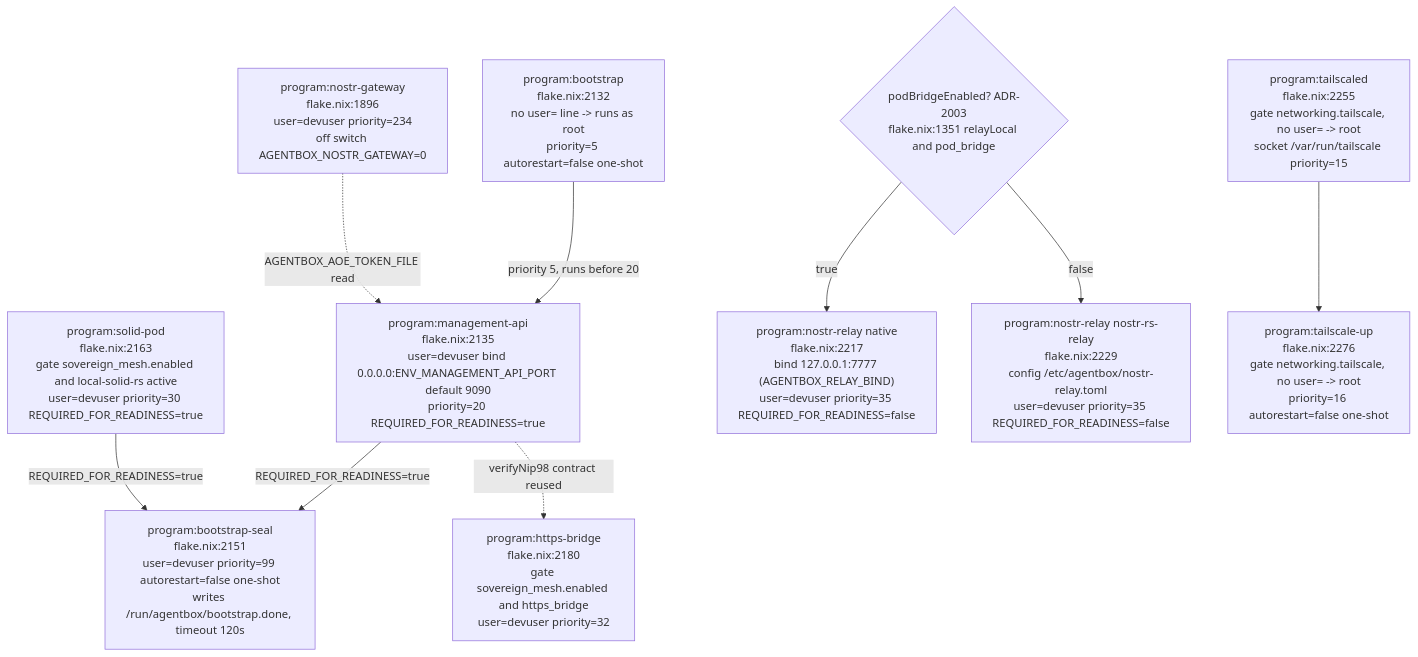
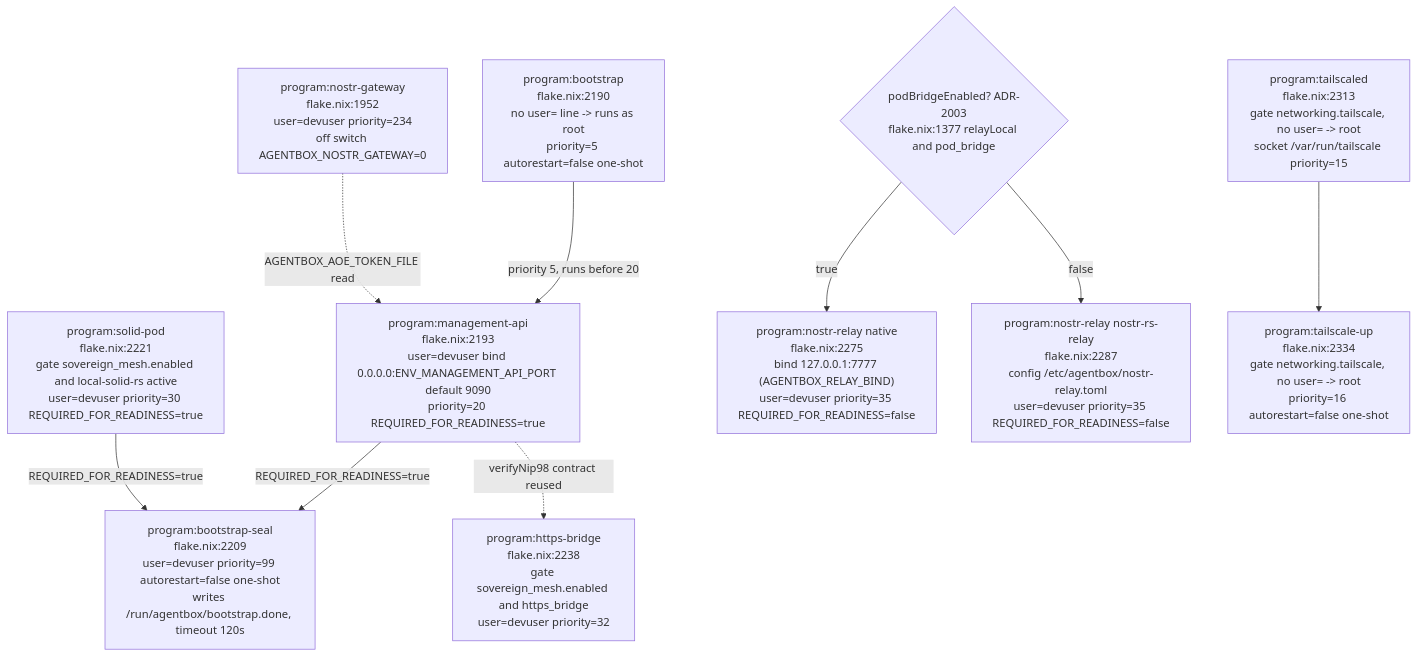
The fourth of 23 diagrams in docs/diagrams/agentbox/02-boot-sequence-and-readiness.md (DreamLab-AI/VisionFlow), drawn with Mermaid before and after one commit. The commit also changed other lines of this file and 28 other files, not shown here.

````diff
--- a/docs/diagrams/agentbox/02-boot-sequence-and-readiness.md
+++ b/docs/diagrams/agentbox/02-boot-sequence-and-readiness.md
@@ -186,23 +193,23 @@
 ```mermaid
 flowchart TB
-    BOOT["program:bootstrap<br/>flake.nix:2132<br/>no user= line -&gt; runs as root<br/>priority=5 autorestart=false one-shot"]
-    MGMT["program:management-api<br/>flake.nix:2135<br/>user=devuser bind 0.0.0.0:ENV_MANAGEMENT_API_PORT default 9090<br/>priority=20 REQUIRED_FOR_READINESS=true"]
-    SEAL["program:bootstrap-seal<br/>flake.nix:2151<br/>user=devuser priority=99 autorestart=false one-shot<br/>writes /run/agentbox/bootstrap.done, timeout 120s"]
-    SOLID["program:solid-pod<br/>flake.nix:2163<br/>gate sovereign_mesh.enabled and local-solid-rs active<br/>user=devuser priority=30 REQUIRED_FOR_READINESS=true"]
-    HTTPSB["program:https-bridge<br/>flake.nix:2180<br/>gate sovereign_mesh.enabled and https_bridge<br/>user=devuser priority=32"]
-    GATERELAY{"podBridgeEnabled? ADR-2003<br/>flake.nix:1351 relayLocal and pod_bridge"}
-    NRELAY1["program:nostr-relay native<br/>flake.nix:2217<br/>bind 127.0.0.1:7777 (AGENTBOX_RELAY_BIND)<br/>user=devuser priority=35 REQUIRED_FOR_READINESS=false"]
-    NRELAY2["program:nostr-relay nostr-rs-relay<br/>flake.nix:2229<br/>config /etc/agentbox/nostr-relay.toml<br/>user=devuser priority=35 REQUIRED_FOR_READINESS=false"]
-    NGW["program:nostr-gateway<br/>flake.nix:1896<br/>user=devuser priority=234<br/>off switch AGENTBOX_NOSTR_GATEWAY=0"]
-    TSD["program:tailscaled<br/>flake.nix:2255<br/>gate networking.tailscale, no user= -&gt; root<br/>socket /var/run/tailscale priority=15"]
-    TSU["program:tailscale-up<br/>flake.nix:2276<br/>gate networking.tailscale, no user= -&gt; root<br/>priority=16 autorestart=false one-shot"]
+    BOOT["program:bootstrap<br/>flake.nix:2190<br/>no user= line -&gt; runs as root<br/>priority=5 autorestart=false one-shot"]
+    MGMT["program:management-api<br/>flake.nix:2193<br/>user=devuser bind 0.0.0.0:ENV_MANAGEMENT_API_PORT default 9090<br/>priority=20 REQUIRED_FOR_READINESS=true"]
+    SEAL["program:bootstrap-seal<br/>flake.nix:2209<br/>user=devuser priority=99 autorestart=false one-shot<br/>writes /run/agentbox/bootstrap.done, timeout 120s"]
+    SOLID["program:solid-pod<br/>flake.nix:2221<br/>gate sovereign_mesh.enabled and local-solid-rs active<br/>user=devuser priority=30 REQUIRED_FOR_READINESS=true"]
+    HTTPSB["program:https-bridge<br/>flake.nix:2238<br/>gate sovereign_mesh.enabled and https_bridge<br/>user=devuser priority=32"]
+    GATERELAY{"podBridgeEnabled? ADR-2003<br/>flake.nix:1377 relayLocal and pod_bridge"}
+    NRELAY1["program:nostr-relay native<br/>flake.nix:2275<br/>bind 127.0.0.1:7777 (AGENTBOX_RELAY_BIND)<br/>user=devuser priority=35 REQUIRED_FOR_READINESS=false"]
+    NRELAY2["program:nostr-relay nostr-rs-relay<br/>flake.nix:2287<br/>config /etc/agentbox/nostr-relay.toml<br/>user=devuser priority=35 REQUIRED_FOR_READINESS=false"]
+    NGW["program:nostr-gateway<br/>flake.nix:1952<br/>user=devuser priority=234<br/>off switch AGENTBOX_NOSTR_GATEWAY=0"]
+    TSD["program:tailscaled<br/>flake.nix:2313<br/>gate networking.tailscale, no user= -&gt; root<br/>socket /var/run/tailscale priority=15"]
+    TSU["program:tailscale-up<br/>flake.nix:2334<br/>gate networking.tailscale, no user= -&gt; root<br/>priority=16 autorestart=false one-shot"]
 
     BOOT -->|"priority 5, runs before 20"| MGMT
     MGMT -->|"REQUIRED_FOR_READINESS=true"| SEAL
     SOLID -->|"REQUIRED_FOR_READINESS=true"| SEAL
     GATERELAY -->|true| NRELAY1
     GATERELAY -->|false| NRELAY2
     MGMT -.->|"verifyNip98 contract reused"| HTTPSB
     TSD --> TSU
     NGW -.->|"AGENTBOX_AOE_TOKEN_FILE read"| MGMT
 ```
````
